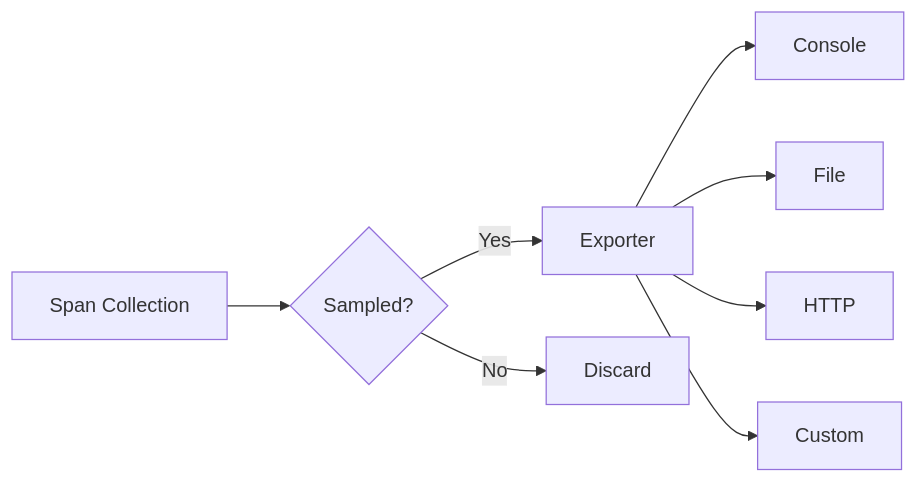
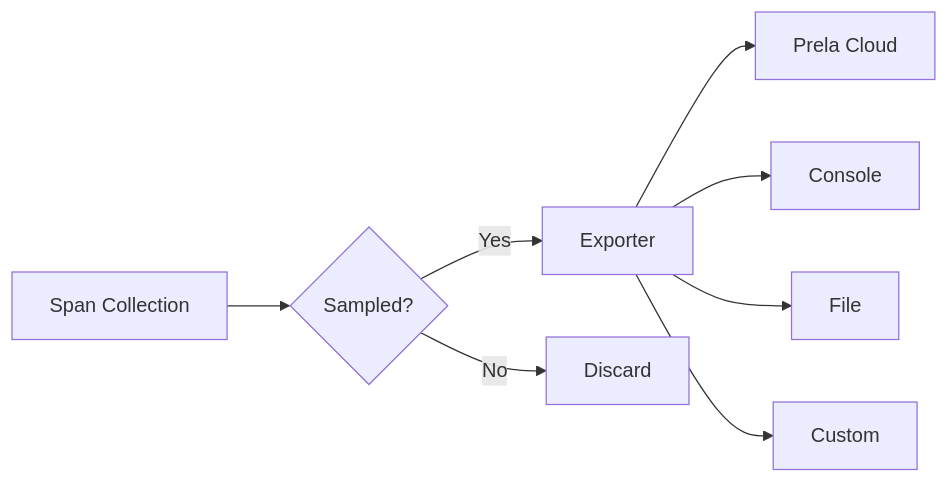
One commit to garrettw2200/prela-docs changed the diagram in docs/concepts/exporters.md. Above: the diagram before and after it, drawn with Mermaid. The commit also changed other lines of this file and 3 other files, not shown here.

First line of the commit message:
docs: add PRELA_API_KEY and Prela Cloud exporter to documentation

````diff
--- a/docs/concepts/exporters.md
+++ b/docs/concepts/exporters.md
@@ -14,10 +14,10 @@
 ```mermaid
 graph LR
     A[Span Collection] --> B{Sampled?}
     B -->|Yes| C[Exporter]
     B -->|No| D[Discard]
-    C --> E[Console]
-    C --> F[File]
-    C --> G[HTTP]
+    C --> E[Prela Cloud]
+    C --> F[Console]
+    C --> G[File]
     C --> H[Custom]
 ```
````
